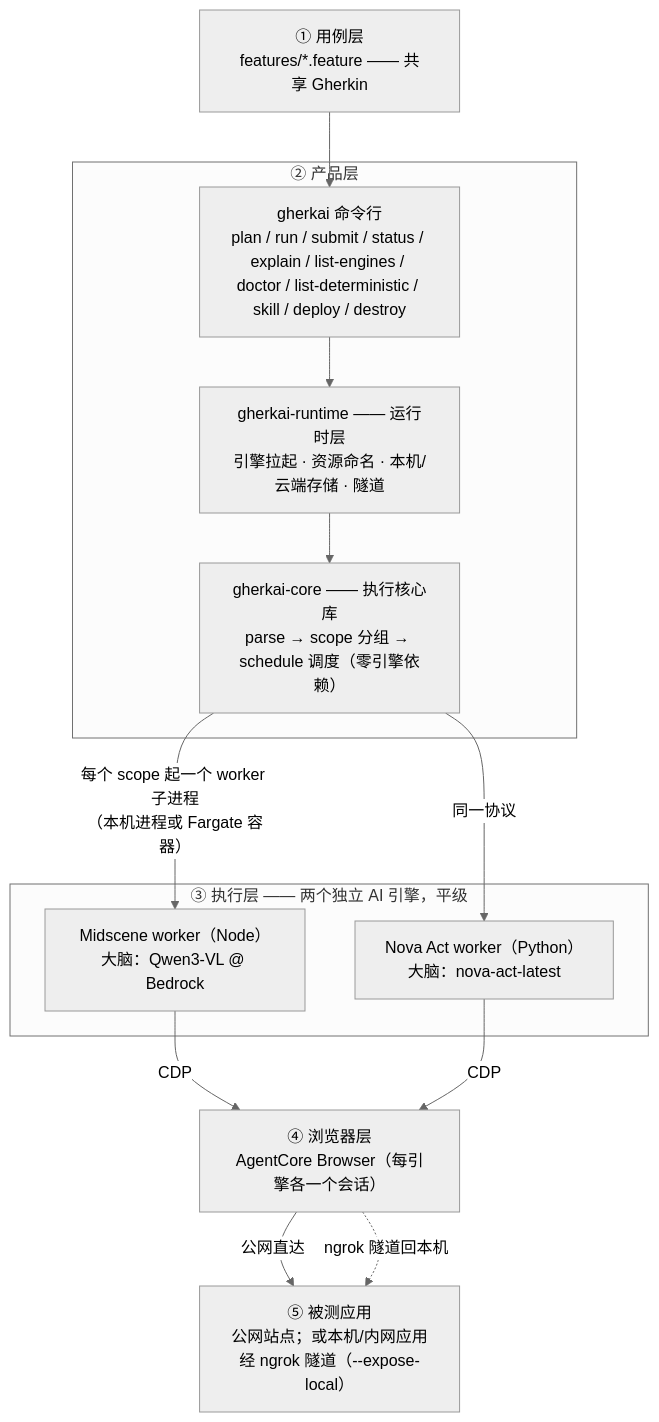
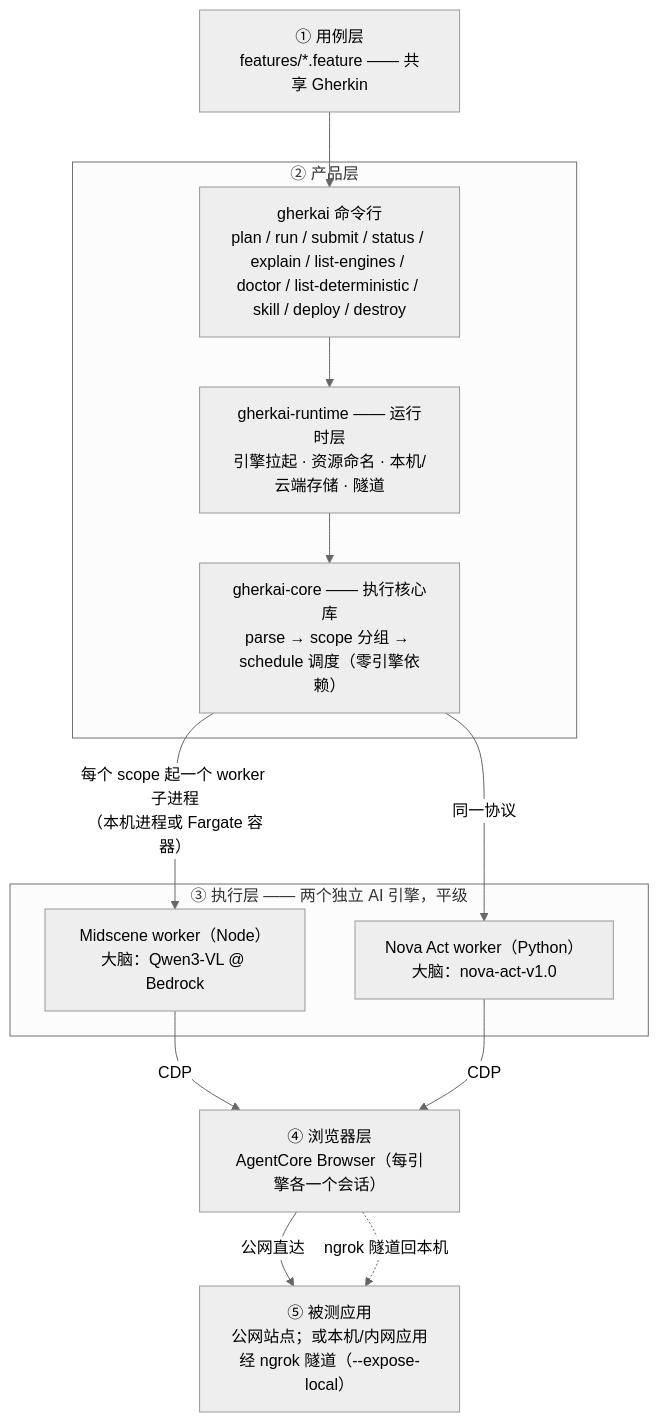
Before and after one commit to zhiyanliu/gherkai: the diagram in README.md, drawn with Mermaid (neutral theme). The commit also changed other lines of this file and 9 other files, not shown here.

````diff
--- a/README.md
+++ b/README.md
@@ -27,27 +27,27 @@
 ```mermaid
 flowchart TD
     F["① 用例层<br/>features/*.feature —— 共享 Gherkin"]
 
     subgraph L2["② 产品层"]
         CLI["gherkai 命令行<br/>plan / run / submit / status / explain / list-engines / doctor / list-deterministic / skill / deploy / destroy"]
         G["gherkai-runtime —— 运行时层<br/>引擎拉起 · 资源命名 · 本机/云端存储 · 隧道"]
         C["gherkai-core —— 执行核心库<br/>parse → scope 分组 → schedule 调度（零引擎依赖）"]
         CLI --> G --> C
     end
 
     subgraph L3["③ 执行层 —— 两个独立 AI 引擎，平级"]
         M["Midscene worker（Node）<br/>大脑：Qwen3-VL @ Bedrock"]
-        N["Nova Act worker（Python）<br/>大脑：nova-act-latest"]
+        N["Nova Act worker（Python）<br/>大脑：nova-act-v1.0"]
     end
 
     B["④ 浏览器层<br/>AgentCore Browser（每引擎各一个会话）"]
     APP["⑤ 被测应用<br/>公网站点；或本机/内网应用经 ngrok 隧道（--expose-local）"]
 
     F --> CLI
     C -- "每个 scope 起一个 worker 子进程<br/>（本机进程或 Fargate 容器）" --> M
     C -- " 同一协议 " --> N
     M -- CDP --> B
     N -- CDP --> B
     B -- " 公网直达 " --> APP
     B -. "ngrok 隧道回本机" .-> APP
 ```
````
